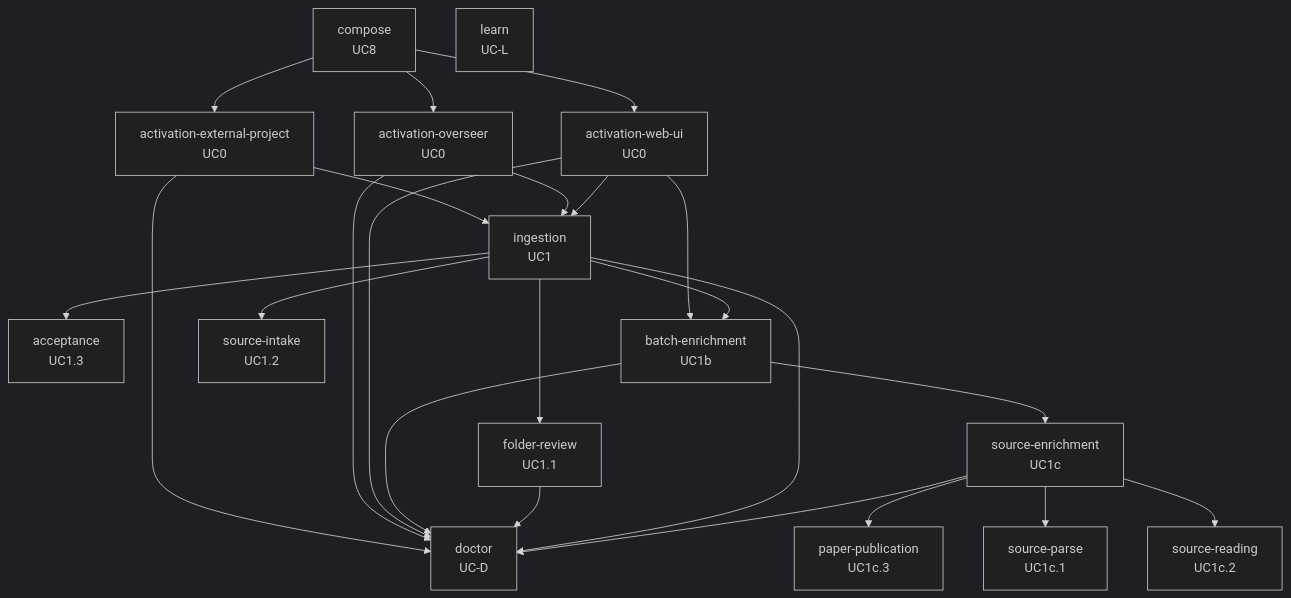
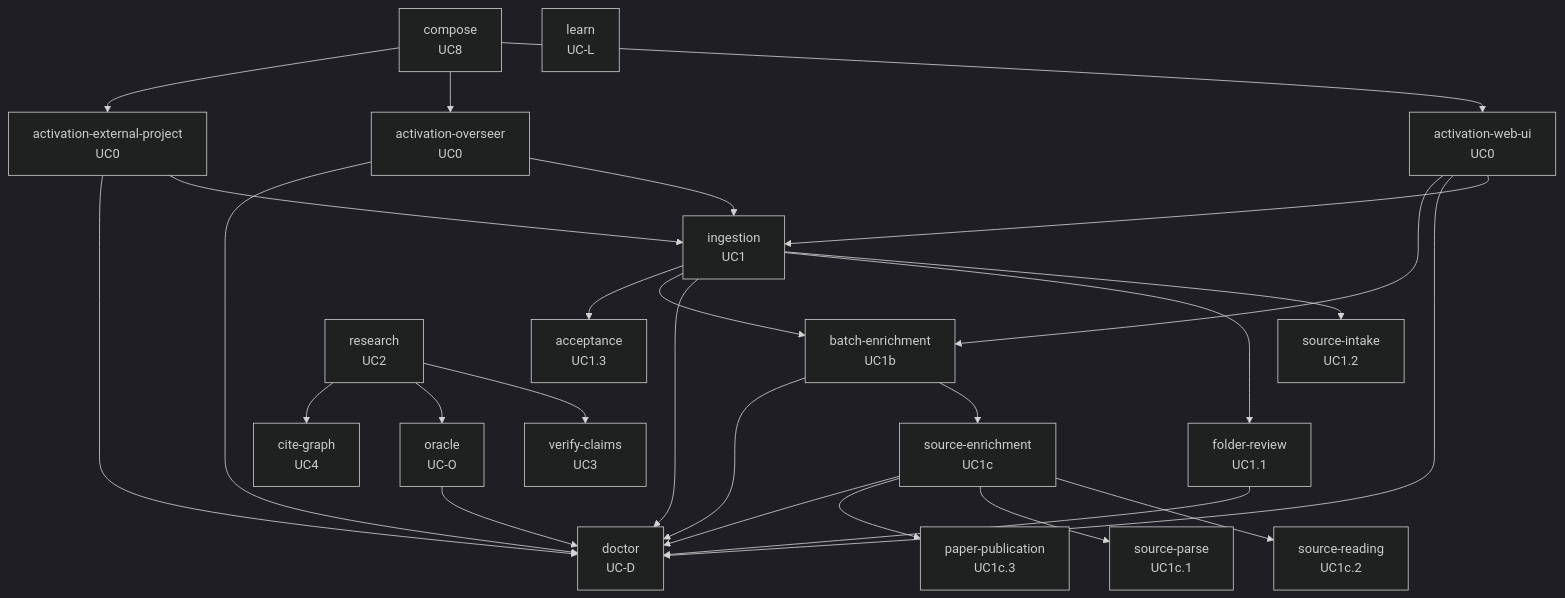
One commit to Jake36999/Librarian_V2 changed the diagram in reports/2026-11-25-systems-analysis-finalisation/librarian/to-be/composition.md. Above: the diagram before and after it, drawn with Mermaid (dark theme). The commit also changed other lines of this file and 54 other files, not shown here.

````diff
--- a/reports/2026-11-25-systems-analysis-finalisation/librarian/to-be/composition.md
+++ b/reports/2026-11-25-systems-analysis-finalisation/librarian/to-be/composition.md
@@ -5,40 +5,48 @@
 ```mermaid
 flowchart TD
   acceptance["acceptance<br/>UC1.3"]
   activation_external_project["activation-external-project<br/>UC0"]
   activation_overseer["activation-overseer<br/>UC0"]
   activation_web_ui["activation-web-ui<br/>UC0"]
   batch_enrichment["batch-enrichment<br/>UC1b"]
+  cite_graph["cite-graph<br/>UC4"]
   compose["compose<br/>UC8"]
   doctor["doctor<br/>UC-D"]
   folder_review["folder-review<br/>UC1.1"]
   ingestion["ingestion<br/>UC1"]
   learn["learn<br/>UC-L"]
+  oracle["oracle<br/>UC-O"]
   paper_publication["paper-publication<br/>UC1c.3"]
+  research["research<br/>UC2"]
   source_enrichment["source-enrichment<br/>UC1c"]
   source_intake["source-intake<br/>UC1.2"]
   source_parse["source-parse<br/>UC1c.1"]
   source_reading["source-reading<br/>UC1c.2"]
+  verify_claims["verify-claims<br/>UC3"]
   activation_external_project --> doctor
   activation_external_project --> ingestion
   activation_overseer --> doctor
   activation_overseer --> ingestion
   activation_web_ui --> batch_enrichment
   activation_web_ui --> doctor
   activation_web_ui --> ingestion
   batch_enrichment --> doctor
   batch_enrichment --> source_enrichment
   compose --> activation_external_project
   compose --> activation_overseer
   compose --> activation_web_ui
   folder_review --> doctor
   ingestion --> acceptance
   ingestion --> batch_enrichment
   ingestion --> doctor
   ingestion --> folder_review
   ingestion --> source_intake
+  oracle --> doctor
+  research --> cite_graph
+  research --> oracle
+  research --> verify_claims
   source_enrichment --> doctor
   source_enrichment --> paper_publication
   source_enrichment --> source_parse
   source_enrichment --> source_reading
 ```
````
